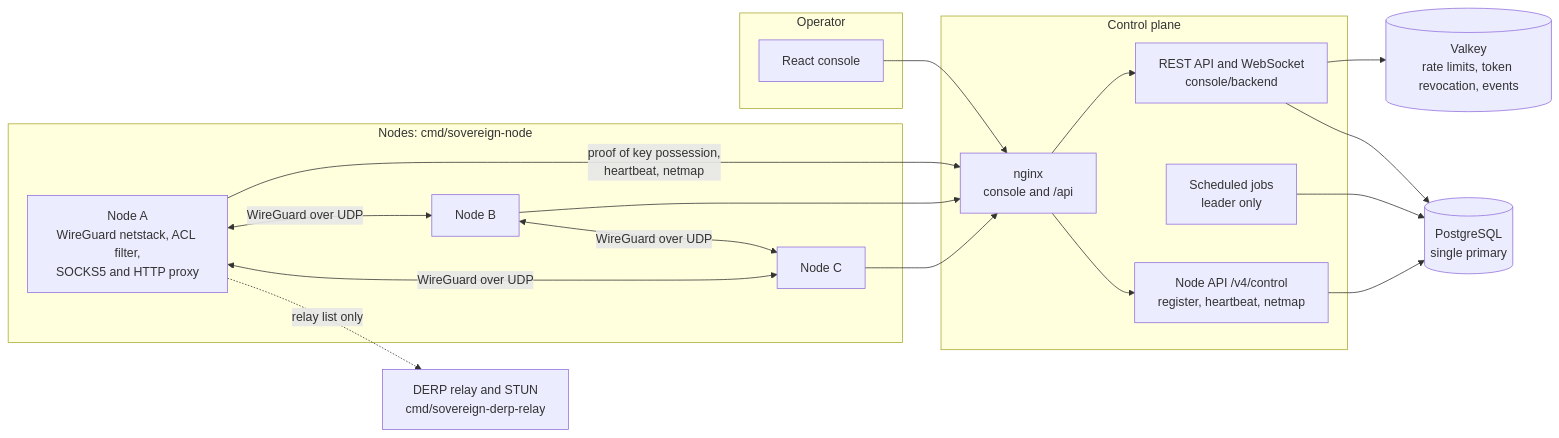
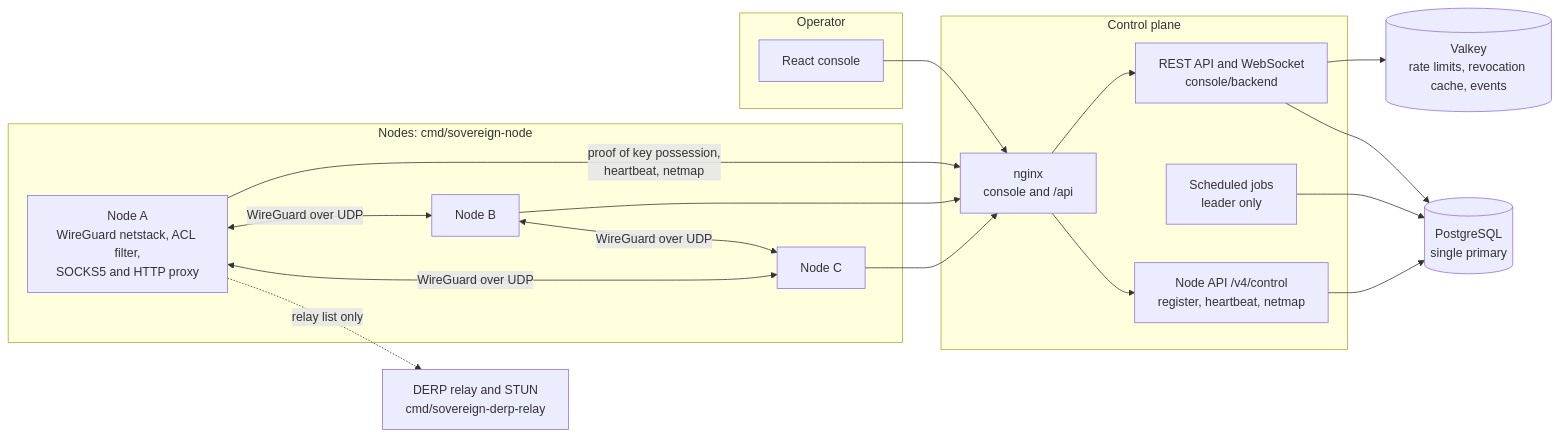
Before and after one commit to Mohamed-DN/neronet-proxy: the first of 2 diagrams in README.md, drawn with Mermaid. The commit also changed other lines of this file and 8 other files, not shown here.

````diff
--- a/README.md
+++ b/README.md
@@ -80,38 +80,38 @@
 ```mermaid
 flowchart LR
   subgraph browser["Operator"]
     ui["React console"]
   end
 
   subgraph cp["Control plane"]
     edge["nginx<br/>console and /api"]
     api["REST API and WebSocket<br/>console/backend"]
     nodeapi["Node API /v4/control<br/>register, heartbeat, netmap"]
     leader["Scheduled jobs<br/>leader only"]
   end
 
   pg[("PostgreSQL<br/>single primary")]
-  vk[("Valkey<br/>rate limits, token revocation, events")]
+  vk[("Valkey<br/>rate limits, revocation cache, events")]
 
   subgraph fleet["Nodes: cmd/sovereign-node"]
     a["Node A<br/>WireGuard netstack, ACL filter,<br/>SOCKS5 and HTTP proxy"]
     b["Node B"]
     c["Node C"]
   end
 
   derp["DERP relay and STUN<br/>cmd/sovereign-derp-relay"]
 
   ui --> edge --> api
   api --> pg
   api --> vk
   leader --> pg
   edge --> nodeapi
   nodeapi --> pg
   a -->|"proof of key possession,<br/>heartbeat, netmap"| edge
   b --> edge
   c --> edge
   a <-->|"WireGuard over UDP"| b
   b <-->|"WireGuard over UDP"| c
   a <-->|"WireGuard over UDP"| c
   a -.->|"relay list only"| derp
 ```
````
